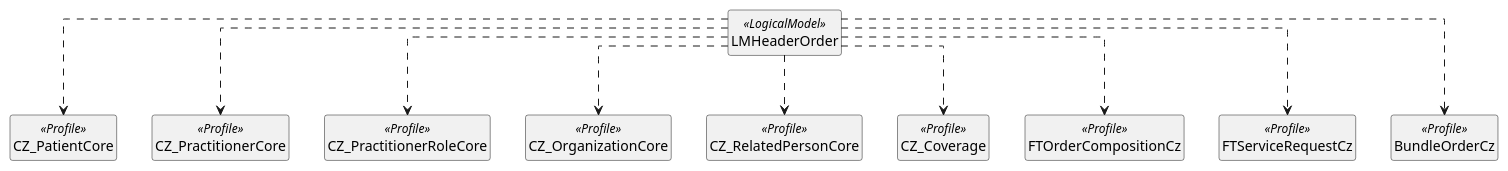
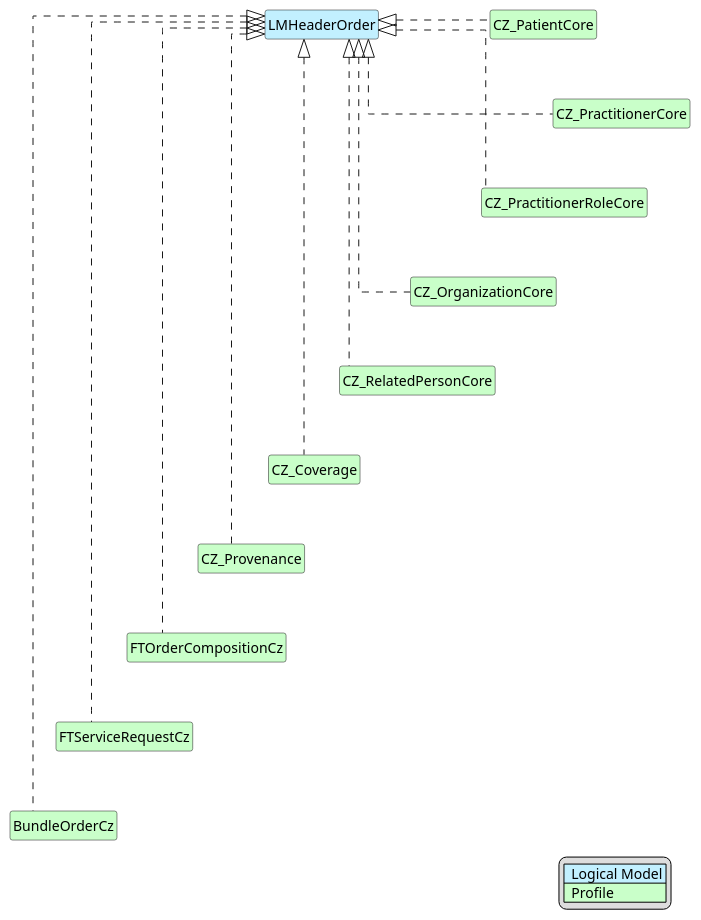
Before and after one commit to HL7-cz/k-order: the diagram in input/images-source/FT-Header-map.plantuml, drawn with PlantUML. The commit also changed 40 other files, not shown here.

```diff
--- a/input/images-source/FT-Header-map.plantuml
+++ b/input/images-source/FT-Header-map.plantuml
@@ -1,25 +1,46 @@
 @startuml
 ' Generated by scripts/sync-header-mapping.py
 hide circle
+hide stereotype
 hide members
+hide methods
 skinparam linetype ortho
+skinparam class {
+BackgroundColor<<LogicalModel>> #APPLICATION
+BackgroundColor<<Profile>> #TECHNOLOGY
+}
+legend right
+| <#APPLICATION>  Logical Model |
+| <#TECHNOLOGY>  Profile |
+endlegend
 class "LMHeaderOrder" as Header <<LogicalModel>> [[StructureDefinition-LMHeaderOrder.html]]
 class "CZ_PatientCore" as Target0 <<Profile>> [[https://hl7.cz/fhir/core/StructureDefinition-cz-patient-core.html]]
-Header ..> Target0
+Header <|. Target0
 class "CZ_PractitionerCore" as Target1 <<Profile>> [[https://hl7.cz/fhir/core/StructureDefinition-cz-practitioner-core.html]]
-Header ..> Target1
+Header <|. Target1
+Target0 -d[hidden]-> Target1
 class "CZ_PractitionerRoleCore" as Target2 <<Profile>> [[https://hl7.cz/fhir/core/StructureDefinition-cz-practitionerrole-core.html]]
-Header ..> Target2
+Header <|. Target2
+Target1 -d[hidden]-> Target2
 class "CZ_OrganizationCore" as Target3 <<Profile>> [[https://hl7.cz/fhir/core/StructureDefinition-cz-organization-core.html]]
-Header ..> Target3
+Header <|. Target3
+Target2 -d[hidden]-> Target3
 class "CZ_RelatedPersonCore" as Target4 <<Profile>> [[https://hl7.cz/fhir/core/StructureDefinition-cz-relatedPerson-core.html]]
-Header ..> Target4
+Header <|. Target4
+Target3 -d[hidden]-> Target4
 class "CZ_Coverage" as Target5 <<Profile>> [[https://hl7.cz/fhir/core/StructureDefinition-cz-coverage.html]]
-Header ..> Target5
-class "FTOrderCompositionCz" as Target6 <<Profile>> [[StructureDefinition-FTOrderCompositionCz.html]]
-Header ..> Target6
-class "FTServiceRequestCz" as Target7 <<Profile>> [[StructureDefinition-FTServiceRequestCz.html]]
-Header ..> Target7
-class "BundleOrderCz" as Target8 <<Profile>> [[StructureDefinition-BundleOrderCz.html]]
-Header ..> Target8
+Header <|. Target5
+Target4 -d[hidden]-> Target5
+class "CZ_Provenance" as Target6 <<Profile>> [[https://hl7.cz/fhir/core/StructureDefinition-cz-provenance.html]]
+Header <|. Target6
+Target5 -d[hidden]-> Target6
+class "FTOrderCompositionCz" as Target7 <<Profile>> [[StructureDefinition-FTOrderCompositionCz.html]]
+Header <|. Target7
+Target6 -d[hidden]-> Target7
+class "FTServiceRequestCz" as Target8 <<Profile>> [[StructureDefinition-FTServiceRequestCz.html]]
+Header <|. Target8
+Target7 -d[hidden]-> Target8
+class "BundleOrderCz" as Target9 <<Profile>> [[StructureDefinition-BundleOrderCz.html]]
+Header <|. Target9
+Target8 -d[hidden]-> Target9
 @enduml
```
